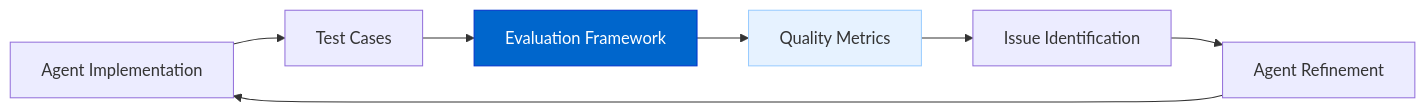
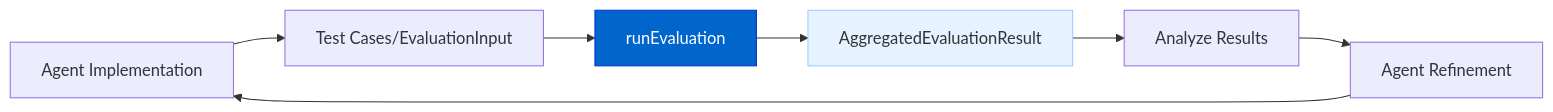
One commit to zashraf1985/f3-hackathon-team3-salesforce changed the second of 2 diagrams in docs/roadmap/evaluation-framework.md. Above: the diagram before and after it, drawn with Mermaid. The commit also changed other lines of this file and 58 other files, not shown here.

````diff
--- a/docs/roadmap/evaluation-framework.md
+++ b/docs/roadmap/evaluation-framework.md
@@ -167,12 +111,12 @@
 ```mermaid
-graph LR
-    A[Agent Implementation] --> B[Test Cases]
-    B --> C[Evaluation Framework]
-    C --> D[Quality Metrics]
-    D --> E[Issue Identification]
+flowchart LR
+    A[Agent Implementation] --> B[Test Cases/EvaluationInput]
+    B --> C[runEvaluation]
+    C --> D[AggregatedEvaluationResult]
+    D --> E[Analyze Results]
     E --> F[Agent Refinement]
     F --> A
     
     style C fill:#0066cc,color:#ffffff,stroke:#0033cc
     style D fill:#e6f2ff,stroke:#99ccff
 ```
````
